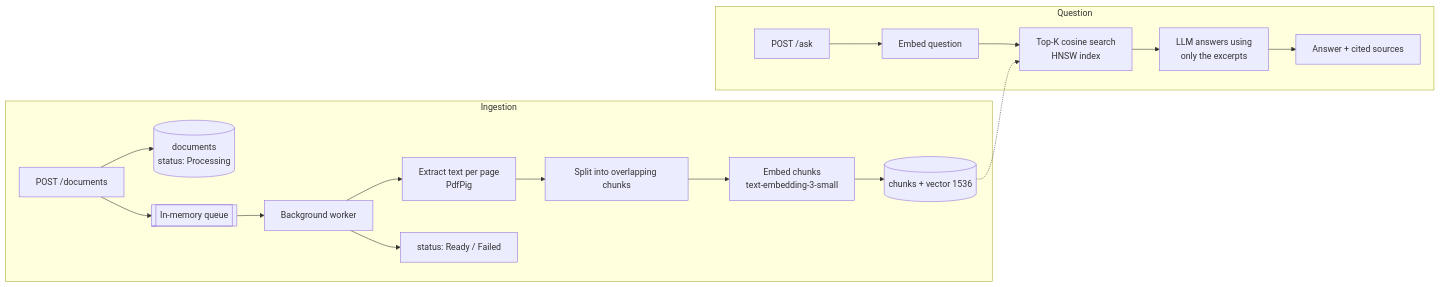
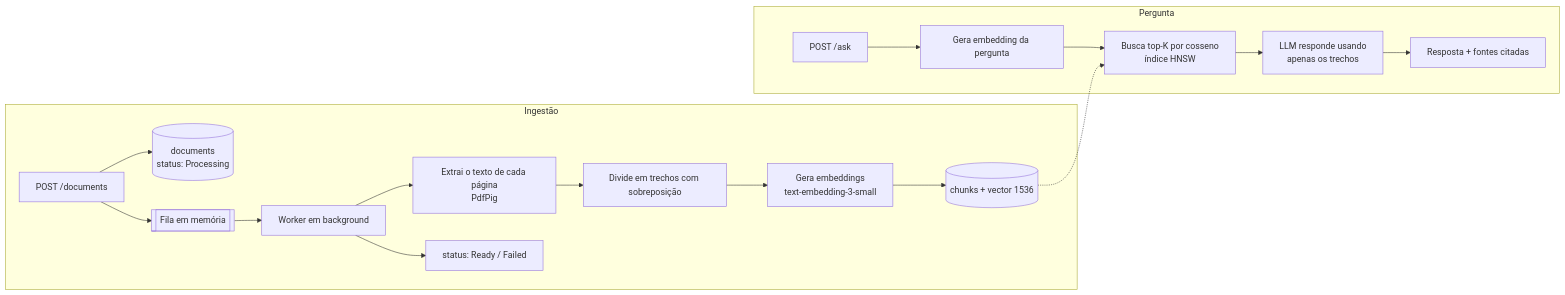
The diagram in README.md (Gabrielnascimento007/AskMyDocs), drawn with Mermaid before and after one commit. The commit also changed other lines of this file, not shown here.

````diff
--- a/README.md
+++ b/README.md
@@ -19,21 +19,21 @@
 ```mermaid
 flowchart LR
-    subgraph Ingestion
+    subgraph Ingestão
         A[POST /documents] --> B[(documents<br/>status: Processing)]
-        A --> Q[[In-memory queue]]
-        Q --> W[Background worker]
-        W --> P[Extract text per page<br/>PdfPig]
-        P --> C[Split into overlapping chunks]
-        C --> E[Embed chunks<br/>text-embedding-3-small]
+        A --> Q[[Fila em memória]]
+        Q --> W[Worker em background]
+        W --> P[Extrai o texto de cada página<br/>PdfPig]
+        P --> C[Divide em trechos com sobreposição]
+        C --> E[Gera embeddings<br/>text-embedding-3-small]
         E --> V[(chunks + vector 1536)]
         W --> R[status: Ready / Failed]
     end
 
-    subgraph Question
-        U[POST /ask] --> QE[Embed question]
-        QE --> S[Top-K cosine search<br/>HNSW index]
+    subgraph Pergunta
+        U[POST /ask] --> QE[Gera embedding da pergunta]
+        QE --> S[Busca top-K por cosseno<br/>índice HNSW]
         V -.-> S
-        S --> L[LLM answers using<br/>only the excerpts]
-        L --> O[Answer + cited sources]
+        S --> L[LLM responde usando<br/>apenas os trechos]
+        L --> O[Resposta + fontes citadas]
     end
 ```
````
